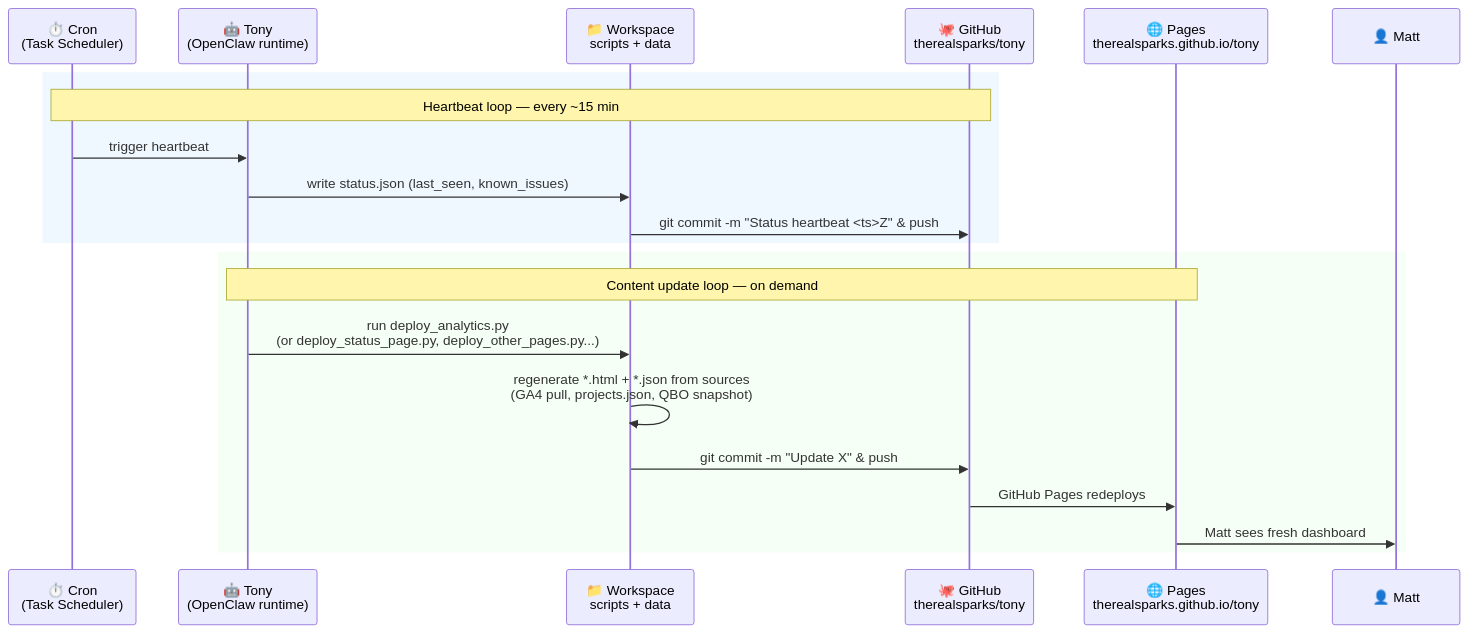
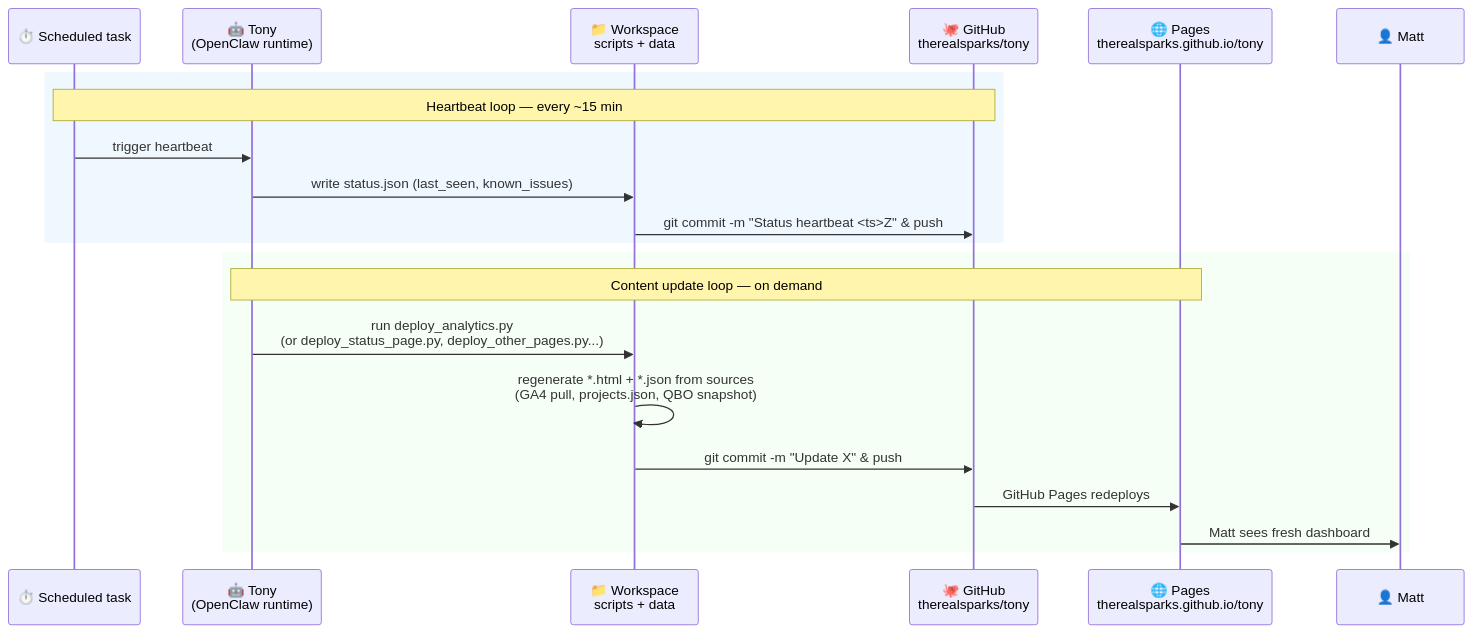
The diagram in architecture/02-publish-loop.md (therealsparks/tony-docs), drawn with Mermaid before and after one commit. The commit also changed other lines of this file and 9 other files, not shown here.

````diff
--- a/architecture/02-publish-loop.md
+++ b/architecture/02-publish-loop.md
@@ -7,25 +7,25 @@
 ```mermaid
 sequenceDiagram
-    participant C as ⏱️ Cron<br/>(Task Scheduler)
+    participant C as ⏱️ Scheduled task
     participant T as 🤖 Tony<br/>(OpenClaw runtime)
     participant W as 📁 Workspace<br/>scripts + data
     participant G as 🐙 GitHub<br/>therealsparks/tony
     participant P as 🌐 Pages<br/>therealsparks.github.io/tony
     participant M as 👤 Matt
 
     rect rgb(240, 248, 255)
     Note over C,G: Heartbeat loop — every ~15 min
     C->>T: trigger heartbeat
     T->>W: write status.json (last_seen, known_issues)
     W->>G: git commit -m "Status heartbeat <ts>Z" & push
     end
 
     rect rgb(245, 255, 245)
     Note over T,P: Content update loop — on demand
     T->>W: run deploy_analytics.py<br/>(or deploy_status_page.py, deploy_other_pages.py...)
     W->>W: regenerate *.html + *.json from sources<br/>(GA4 pull, projects.json, QBO snapshot)
     W->>G: git commit -m "Update X" & push
     G->>P: GitHub Pages redeploys
     P->>M: Matt sees fresh dashboard
     end
 ```
````
